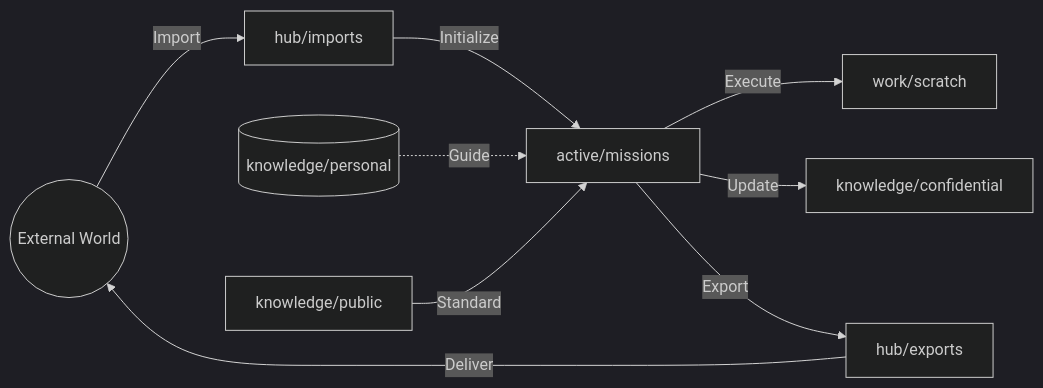
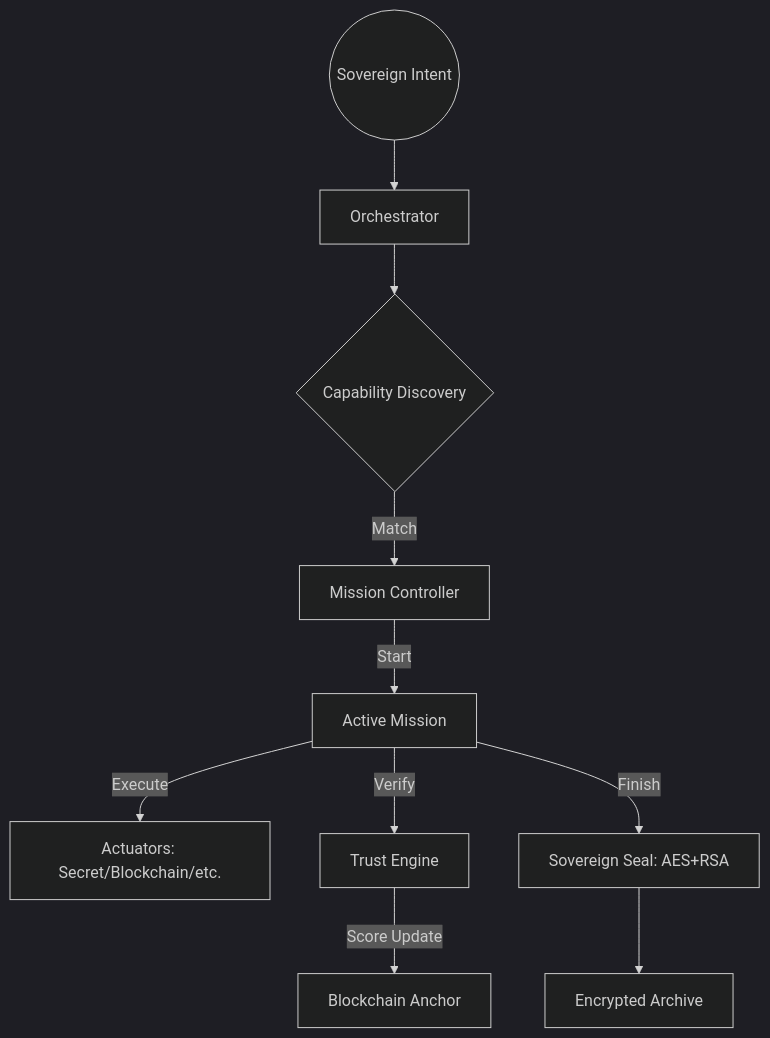
The diagram in knowledge/Ecosystem_Map.md (famaoai-creator/kyberion), drawn with Mermaid (dark theme) before and after one commit. The commit also changed other lines of this file and 23 other files, not shown here.

Commit message:
feat: implement sovereign evolution (A2A lifecycle, trust engine, cryptographic seal, blockchain anchoring, and agent naming)

````diff
--- a/knowledge/Ecosystem_Map.md
+++ b/knowledge/Ecosystem_Map.md
@@ -39,12 +33,12 @@
 ```mermaid
-graph LR
-    External((External World)) -->|Import| HubIn[hub/imports]
-    HubIn -->|Initialize| Active[active/missions]
-    Active -->|Execute| Work[work/scratch]
-    Active -->|Update| Knowledge[knowledge/confidential]
-    Active -->|Export| HubOut[hub/exports]
-    HubOut -->|Deliver| External
-    
-    Identity[(knowledge/personal)] -.->|Guide| Active
-    PublicProtocol[knowledge/public] -->|Standard| Active
+graph TD
+    Intent((Sovereign Intent)) --> Orchestrator[Orchestrator]
+    Orchestrator --> Discovery{Capability Discovery}
+    Discovery -->|Match| MC[Mission Controller]
+    MC -->|Start| Mission[Active Mission]
+    Mission -->|Execute| Actuators[Actuators: Secret/Blockchain/etc.]
+    Mission -->|Verify| Trust[Trust Engine]
+    Trust -->|Score Update| Blockchain[Blockchain Anchor]
+    Mission -->|Finish| Seal[Sovereign Seal: AES+RSA]
+    Seal --> Archive[Encrypted Archive]
 ```
````
